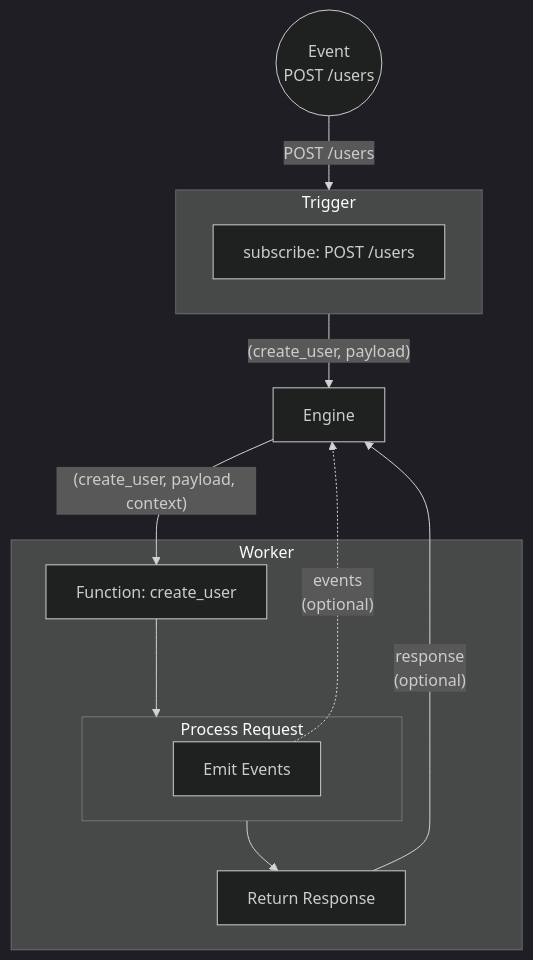
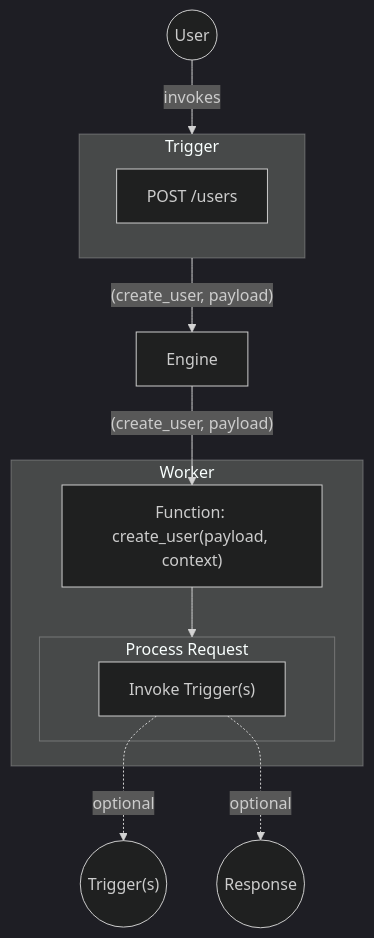
Before and after one commit to iii-hq/docs: the diagram in content/concepts/workers.mdx, drawn with Mermaid (dark theme). The commit also changed other lines of this file and 8 other files, not shown here.

````diff
--- a/content/concepts/workers.mdx
+++ b/content/concepts/workers.mdx
@@ -9,24 +13,23 @@
 ```mermaid
 graph TB
-    Event((Event<br/>POST /users)) -->|POST /users| Trigger
+    User((User)) -->|invokes| Trigger
 
     subgraph Trigger[Trigger]
-        Config[subscribe: POST /users]
+        Config[POST /users]
     end
 
     Trigger -->|"(create_user, payload)"| Engine[Engine]
 
-    Engine -->|"(create_user, payload, context)"| Function
+    Engine -->|"(create_user, payload)"| Function
 
     subgraph Worker[Worker]
-        Function[Function: create_user]
+        Function["Function: create_user(payload, context)"]
         Function --> P1
         subgraph P1[Process Request]
-            P2[Emit Events]
+            P2["Invoke Trigger(s)"]
         end
-        P1 --> P3[Return Response]
     end
 
-    P2 -.->|"events<br/>(optional)"| Engine
-    P3 -->|"response<br/>(optional)"| Engine
+    P2 -.->|optional| Triggers(("Trigger(s)"))
+    P2 -.->|optional| P3(("Response"))
 ```
````
